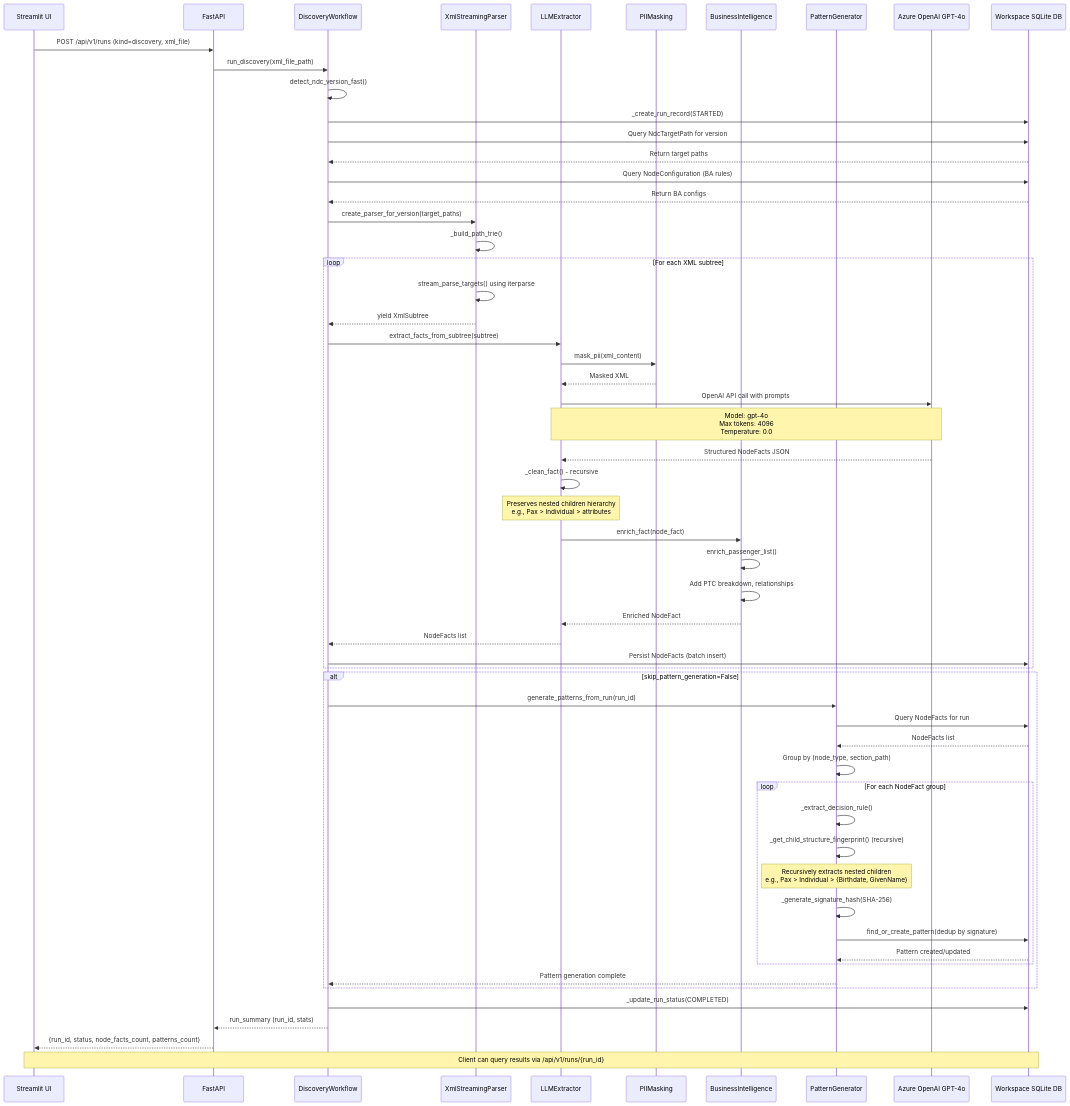
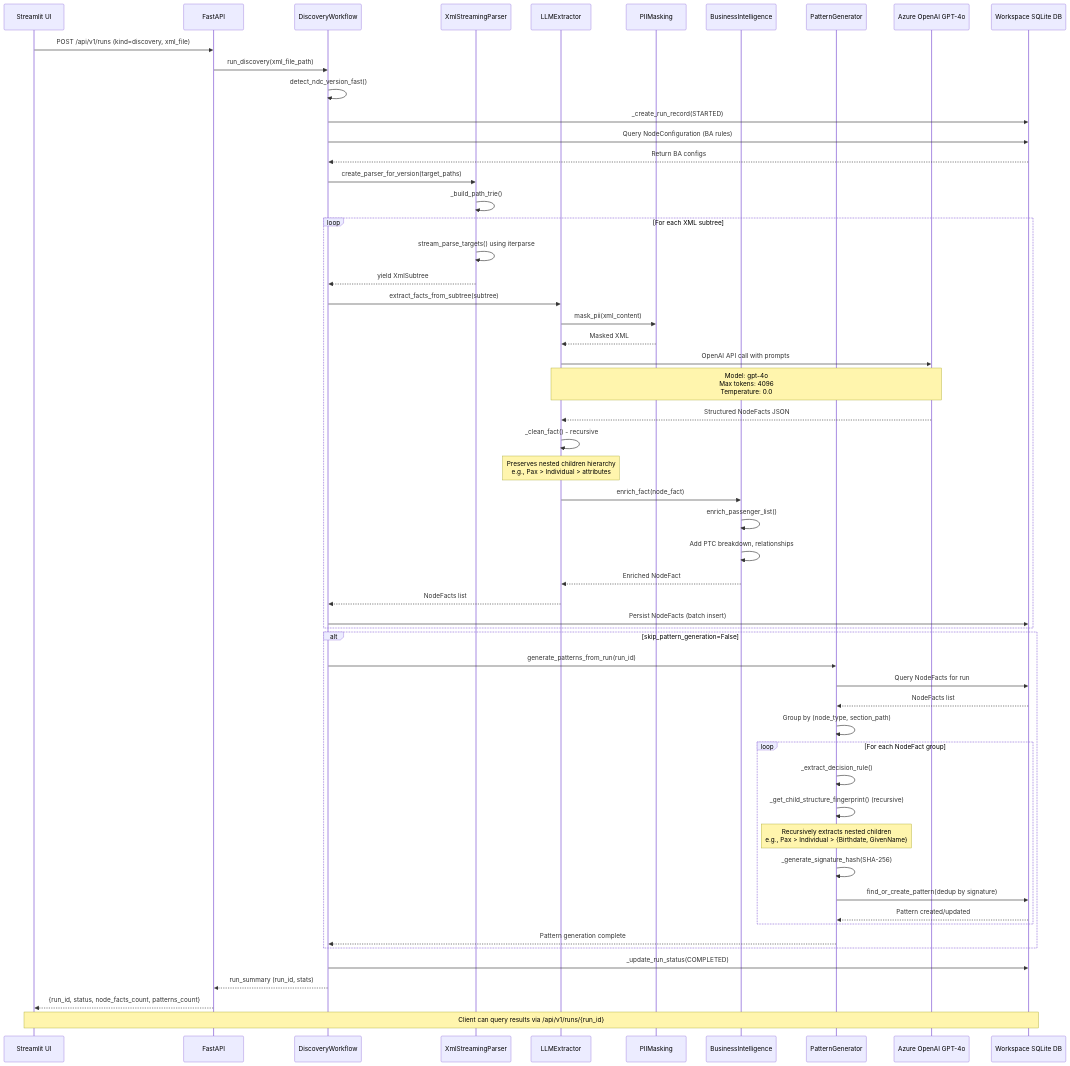
The first of 14 diagrams in docs/System_Diagrams.md (nikhil-codes-hub/ad_revamped), drawn with Mermaid before and after one commit. The commit also changed other lines of this file and 1 other file, not shown here.

First line of the commit message:
Update system diagrams to reflect current database schema

````diff
--- a/docs/System_Diagrams.md
+++ b/docs/System_Diagrams.md
@@ -35,78 +35,76 @@
 ```mermaid
 sequenceDiagram
     participant Client as Streamlit UI
     participant API as FastAPI
     participant DW as DiscoveryWorkflow
     participant Parser as XmlStreamingParser
     participant LLMExt as LLMExtractor
     participant PII as PIIMasking
     participant BI as BusinessIntelligence
     participant PatGen as PatternGenerator
     participant Azure as Azure OpenAI GPT-4o
     participant WSDb as Workspace SQLite DB
 
     Client->>API: POST /api/v1/runs (kind=discovery, xml_file)
     API->>DW: run_discovery(xml_file_path)
 
     DW->>DW: detect_ndc_version_fast()
     DW->>WSDb: _create_run_record(STARTED)
-    DW->>WSDb: Query NdcTargetPath for version
-    WSDb-->>DW: Return target paths
     DW->>WSDb: Query NodeConfiguration (BA rules)
     WSDb-->>DW: Return BA configs
 
     DW->>Parser: create_parser_for_version(target_paths)
     Parser->>Parser: _build_path_trie()
 
     loop For each XML subtree
         Parser->>Parser: stream_parse_targets() using iterparse
         Parser-->>DW: yield XmlSubtree
 
         DW->>LLMExt: extract_facts_from_subtree(subtree)
 
         LLMExt->>PII: mask_pii(xml_content)
         PII-->>LLMExt: Masked XML
 
         LLMExt->>Azure: OpenAI API call with prompts
         Note over LLMExt,Azure: Model: gpt-4o<br/>Max tokens: 4096<br/>Temperature: 0.0
         Azure-->>LLMExt: Structured NodeFacts JSON
 
         LLMExt->>LLMExt: _clean_fact() - recursive
         Note over LLMExt: Preserves nested children hierarchy<br/>e.g., Pax > Individual > attributes
 
         LLMExt->>BI: enrich_fact(node_fact)
         BI->>BI: enrich_passenger_list()
         BI->>BI: Add PTC breakdown, relationships
         BI-->>LLMExt: Enriched NodeFact
 
         LLMExt-->>DW: NodeFacts list
 
         DW->>WSDb: Persist NodeFacts (batch insert)
     end
 
     alt skip_pattern_generation=False
         DW->>PatGen: generate_patterns_from_run(run_id)
 
         PatGen->>WSDb: Query NodeFacts for run
         WSDb-->>PatGen: NodeFacts list
 
         PatGen->>PatGen: Group by (node_type, section_path)
 
         loop For each NodeFact group
             PatGen->>PatGen: _extract_decision_rule()
             PatGen->>PatGen: _get_child_structure_fingerprint() (recursive)
             Note over PatGen: Recursively extracts nested children<br/>e.g., Pax > Individual > {Birthdate, GivenName}
             PatGen->>PatGen: _generate_signature_hash(SHA-256)
             PatGen->>WSDb: find_or_create_pattern(dedup by signature)
             WSDb-->>PatGen: Pattern created/updated
         end
 
         PatGen-->>DW: Pattern generation complete
     end
 
     DW->>WSDb: _update_run_status(COMPLETED)
     DW-->>API: run_summary (run_id, stats)
     API-->>Client: {run_id, status, node_facts_count, patterns_count}
 
     Note over Client,WSDb: Client can query results via /api/v1/runs/{run_id}
 ```
````
